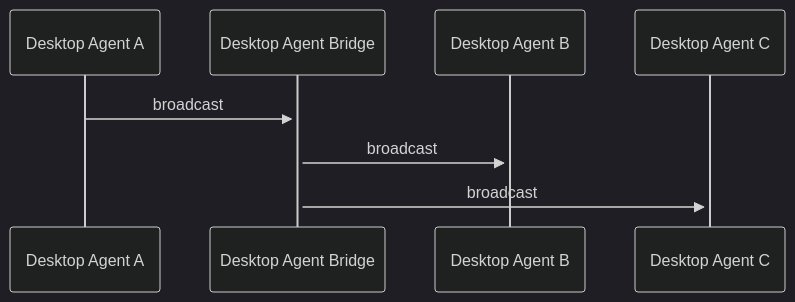
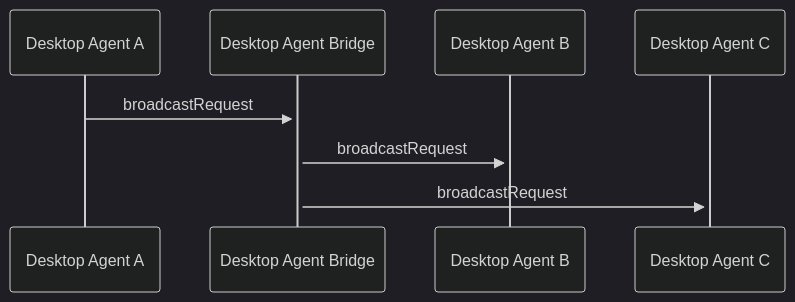
One commit to finos/FDC3 changed the diagram in docs/api-bridging/ref/broadcast.md. Above: the diagram before and after it, drawn with Mermaid (dark theme). The commit also changed other lines of this file and 42 other files, not shown here.

First line of the commit message:
Adding schema links to bridging ref docs + corrections

````diff
--- a/docs/api-bridging/ref/broadcast.md
+++ b/docs/api-bridging/ref/broadcast.md
@@ -34,10 +34,10 @@
 ```mermaid
 sequenceDiagram
     participant DA as Desktop Agent A
     participant DAB as Desktop Agent Bridge
     participant DB as Desktop Agent B
     participant DC as Desktop Agent C
-    DA ->>+ DAB: broadcast
-    DAB ->>+ DB: broadcast
-    DAB ->>+ DC: broadcast
+    DA ->>+ DAB: broadcastRequest
+    DAB ->>+ DB: broadcastRequest
+    DAB ->>+ DC: broadcastRequest
 ```
````
